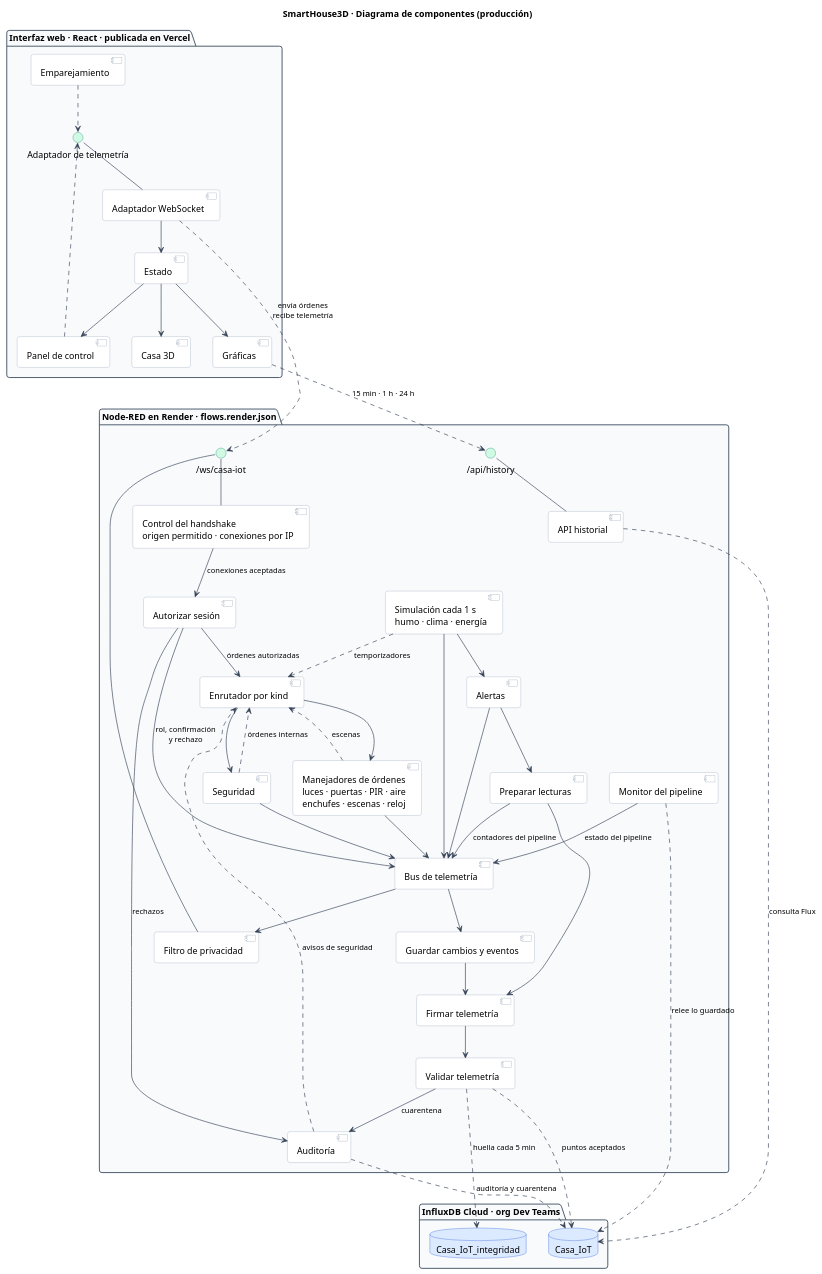
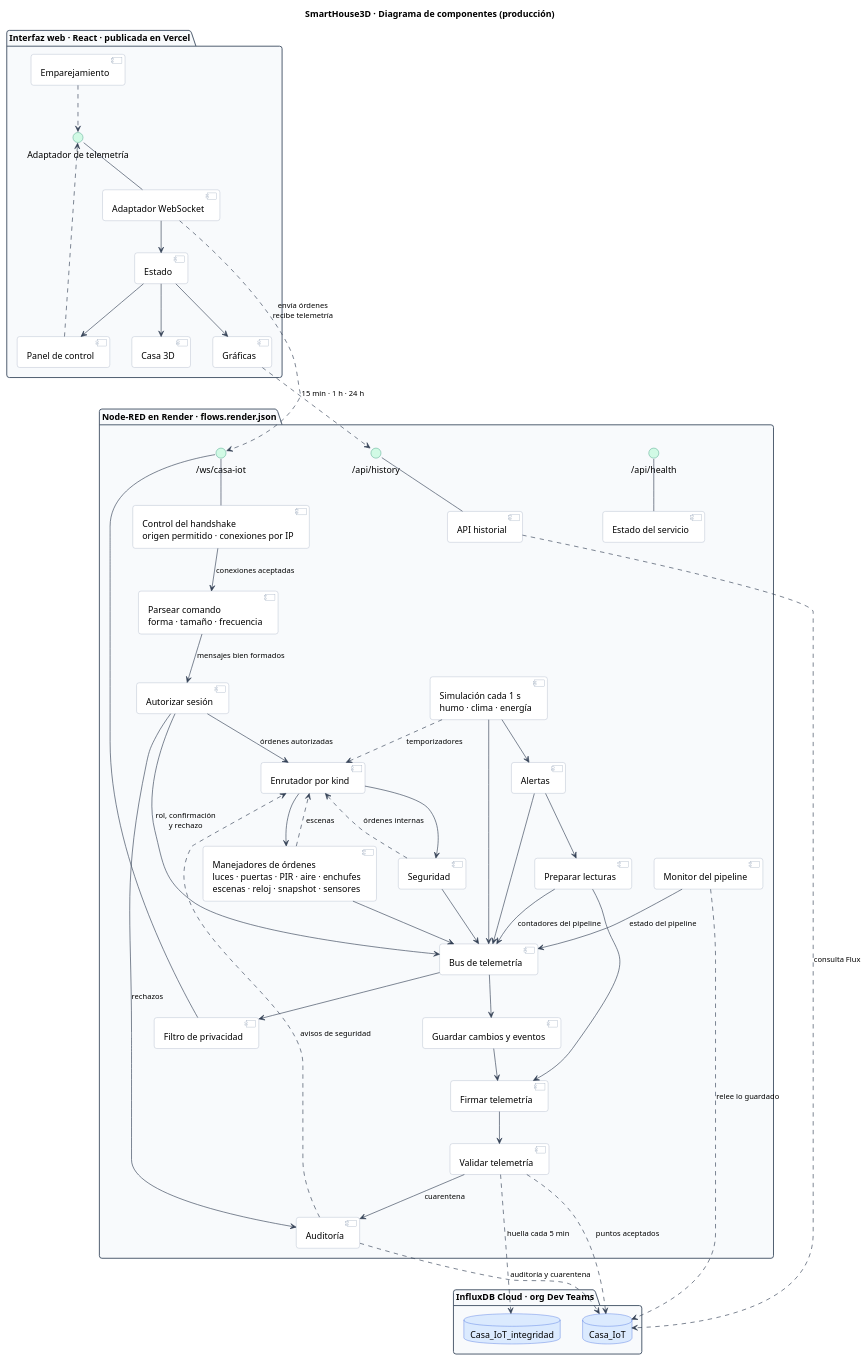
One commit to WilderG2004/SmartHouse3D changed the diagram in docs/diagramas/componentes.puml. Above: the diagram before and after it, drawn with PlantUML. The commit also changed 1 other file, not shown here.

Commit message:
Componentes: salud, parseo y los manejadores completos
- Aparece GET /api/health con su nodo «Estado del servicio». Es el unico
  endpoint publico y, sobre todo, es el que Render usa como
  comprobacion de salud: el diagrama de despliegue ya lo mencionaba y
  este no, asi que los dos no decian lo mismo.
- Aparece «Parsear comando», que es la PRIMERA puerta: forma, tamaño
  (2 KB) y frecuencia, antes de que la orden llegue a la autorizacion
  de sesion. Estaba fundido dentro de ella y se perdia un escalon del
  recorrido de seguridad.
- La caja de manejadores listaba siete de los diez que enruta el nodo
  switch. Se añaden snapshot (la foto que recibe una pantalla al
  conectarse) y los sensores simulados (humo, calor y humedad).

Quedan fuera a proposito tres nodos de fontaneria: el arranque, el
olvido de la sesion al desconectar y el error 502 de la API.

```diff
--- a/docs/diagramas/componentes.puml
+++ b/docs/diagramas/componentes.puml
@@ -1,119 +1,124 @@
 @startuml componentes
 ' El sistema PUBLICADO, el mismo que describe el diagrama de despliegue.
 ' Comprobado en:
 '   infra/nodered/tools/build-flows.mts   cableado, secciones A-F
 '   infra/nodered/src/*.js                nombres reales (@name) de los 36 nodos
 '   infra/nodered/seguridad-ws.js         control del handshake, copiado a la imagen
 '   render.yaml                           CASA_INGEST=off, por eso /api/ingest no aparece
 '   src/services/telemetry/index.ts       en produccion el adaptador es el de WebSocket
 title SmartHouse3D · Diagrama de componentes (producción)
 
 skinparam backgroundColor White
 skinparam shadowing false
 skinparam defaultFontName Helvetica
 skinparam defaultFontSize 14
 skinparam roundcorner 8
 skinparam componentStyle uml2
 skinparam ArrowColor #334155
 skinparam ArrowFontSize 12
 skinparam nodesep 35
 skinparam ranksep 50
 skinparam package {
   BackgroundColor #F8FAFC
   BorderColor #475569
 }
 skinparam component {
   BackgroundColor #FFFFFF
   BorderColor #94A3B8
 }
 skinparam interface {
   BackgroundColor #D1FAE5
   BorderColor #047857
 }
 skinparam database {
   BackgroundColor #DBEAFE
   BorderColor #1D4ED8
 }
 
 package "Interfaz web · React · publicada en Vercel" {
   component "Panel de control" as panel
   component "Gráficas" as graficas
   component "Casa 3D" as casa
   component "Emparejamiento" as empareja
   component "Estado" as estado
   component "Adaptador WebSocket" as adaptador
   interface "Adaptador de telemetría" as ITel
 
   adaptador -up- ITel
   panel ..> ITel
   empareja ..> ITel
   adaptador --> estado
   estado --> panel
   estado --> graficas
   estado --> casa
 }
 
 package "Node-RED en Render · flows.render.json" {
   component "Control del handshake\norigen permitido · conexiones por IP" as handshake
+  component "Parsear comando\nforma · tamaño · frecuencia" as parse
   component "Autorizar sesión" as auth
   component "Enrutador por kind" as router
-  component "Manejadores de órdenes\nluces · puertas · PIR · aire\nenchufes · escenas · reloj" as handlers
+  component "Manejadores de órdenes\nluces · puertas · PIR · aire · enchufes\nescenas · reloj · snapshot · sensores" as handlers
+  component "Estado del servicio" as salud
   component "Seguridad" as seg
   component "Simulación cada 1 s\nhumo · clima · energía" as simul
   component "Alertas" as alertas
   component "Bus de telemetría" as bus
   component "Filtro de privacidad" as filtro
   component "Preparar lecturas" as prepara
   component "Guardar cambios y eventos" as eventos
   component "Firmar telemetría" as firma
   component "Validar telemetría" as valida
   component "Auditoría" as audit
   component "API historial" as api
   component "Monitor del pipeline" as monitor
   interface "/ws/casa-iot" as IWs
   interface "/api/history" as IHist
+  interface "/api/health" as ISalud
 
   handshake -up- IWs
   filtro -up- IWs
   api -up- IHist
+  salud -up- ISalud
 
-  handshake --> auth : "conexiones aceptadas"
+  handshake --> parse : "conexiones aceptadas"
+  parse --> auth : "mensajes bien formados"
   auth --> router : "órdenes autorizadas"
   auth --> audit : "rechazos"
   auth --> bus : "rol, confirmación\ny rechazo"
   router --> handlers
   router --> seg
   handlers --> bus
   seg --> bus
   seg ..> router : "órdenes internas"
   handlers ..> router : "escenas"
   simul ..> router : "temporizadores"
   simul --> alertas
   simul --> bus
   alertas --> bus
   alertas --> prepara
   prepara --> bus : "contadores del pipeline"
   bus --> filtro
   bus --> eventos
   prepara --> firma
   eventos --> firma
   firma --> valida
   valida --> audit : "cuarentena"
   audit ..> router : "avisos de seguridad"
   monitor --> bus : "estado del pipeline"
 }
 
 package "InfluxDB Cloud · org Dev Teams" {
   database "Casa_IoT" as bdatos
   database "Casa_IoT_integridad" as bhuellas
 }
 
 adaptador ..> IWs : "envía órdenes\nrecibe telemetría"
 graficas ..> IHist : "15 min · 1 h · 24 h"
 valida ..> bdatos : "puntos aceptados"
 valida ..> bhuellas : "huella cada 5 min"
 audit ..> bdatos : "auditoría y cuarentena"
 api ..> bdatos : "consulta Flux"
 monitor ..> bdatos : "relee lo guardado"
 
 @enduml
```
